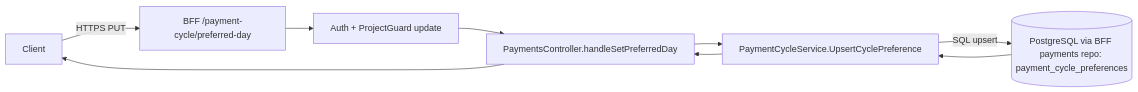
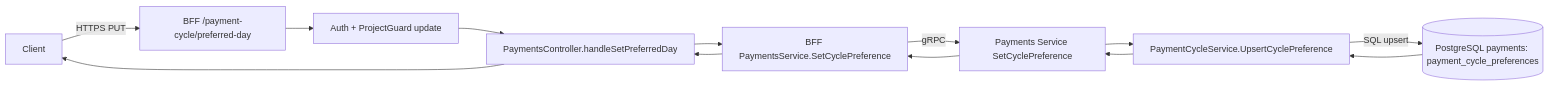
Diagram 18 of 23 in .specify/memory/bff-flows.md (ralvescosta/costa-financial-assistant), drawn with Mermaid before and after one commit. The commit also changed other lines of this file and 118 other files, not shown here.

````diff
--- a/.specify/memory/bff-flows.md
+++ b/.specify/memory/bff-flows.md
@@ -353,11 +373,11 @@
 ```mermaid
 flowchart LR
     C[Client] -->|HTTPS PUT| BFF[BFF /payment-cycle/preferred-day]
     BFF --> AUTH[Auth + ProjectGuard update]
     AUTH --> PC[PaymentsController.handleSetPreferredDay]
-    PC --> SVC[PaymentCycleService.UpsertCyclePreference]
-    SVC -->|SQL upsert| PDB[(PostgreSQL via BFF payments repo: payment_cycle_preferences)]
-    PDB --> SVC
-    SVC --> PC
-    PC --> C
+    PC --> SVC[BFF PaymentsService.SetCyclePreference]
+    SVC -->|gRPC| PAY[Payments Service SetCyclePreference]
+    PAY --> PSVC[PaymentCycleService.UpsertCyclePreference]
+    PSVC -->|SQL upsert| PDB[(PostgreSQL payments: payment_cycle_preferences)]
+    PDB --> PSVC --> PAY --> SVC --> PC --> C
 ```
````
